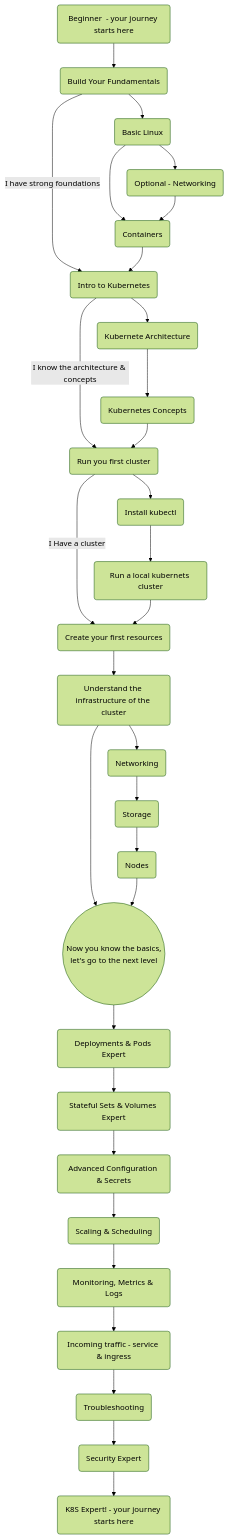
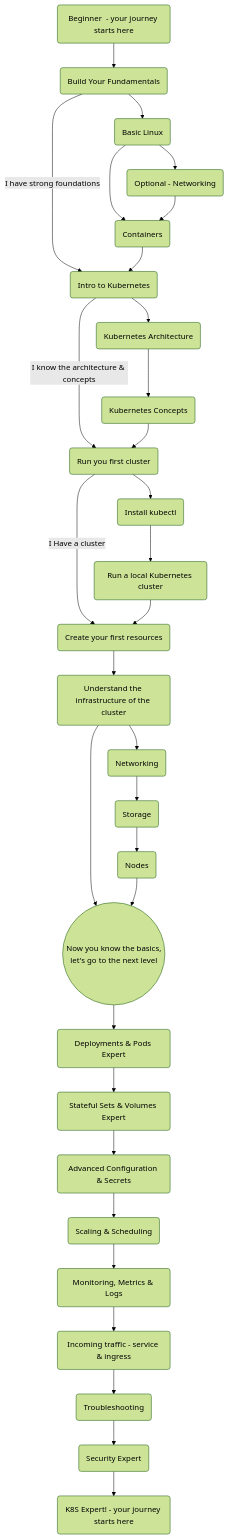
Before and after one commit to guymenahem/the-kubernetes-journey: the diagram in README.md, drawn with Mermaid (forest theme). The commit also changed other lines of this file, not shown here.

```diff
--- a/README.md
+++ b/README.md
@@ -35,7 +35,7 @@
         k8s-intro --> k8s-arch
         k8s-intro -- I know the architecture & concepts --> k8s-first-run
 
-            k8s-arch(Kubernete Architecture) --> k8s-concepts
+            k8s-arch(Kubernetes Architecture) --> k8s-concepts
 
             k8s-concepts(Kubernetes Concepts) --> k8s-first-run
 
@@ -48,7 +48,7 @@
             click kubectl "https://github.com/guymenahem/the-kubernetes-journey/tree/main/Beginner/install-kubectl"
             kubectl --> k8s-local
 
-            k8s-local(Run a local kubernets cluster)
+            k8s-local(Run a local Kubernetes cluster)
             k8s-local --> k8s-first-resources
 
 
```
